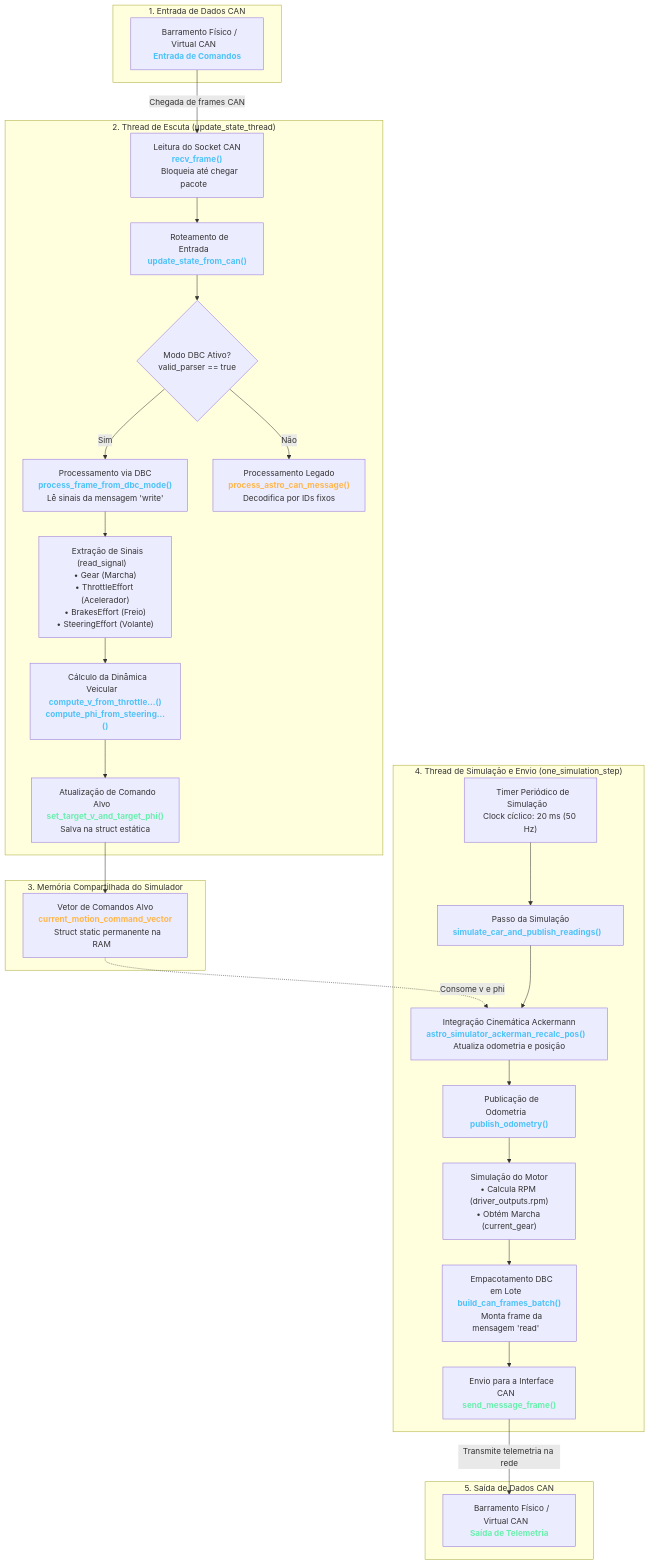
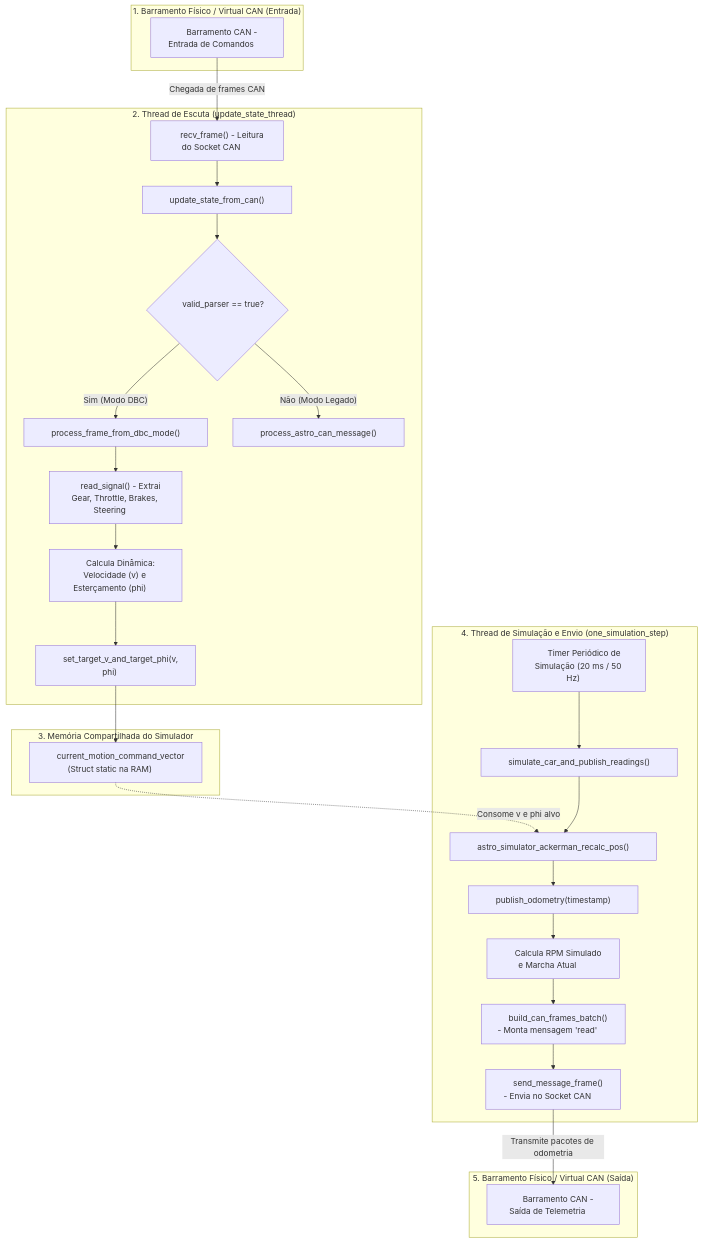
One commit to BrenoCSilva/lume changed the diagram in README.md. Above: the diagram before and after it, drawn with Mermaid.

````diff
--- a/README.md
+++ b/README.md
@@ -40,42 +40,42 @@
 ```mermaid
 flowchart TD
-    subgraph EntradaCAN ["1. Entrada de Dados CAN"]
-        CAN_IN["&nbsp;&nbsp;&nbsp;Barramento Físico / Virtual CAN&nbsp;&nbsp;&nbsp;<br/><b style='color:#4fc3f7'>Entrada de Comandos</b>"]
+    subgraph EntradaCAN ["1. Barramento Físico / Virtual CAN (Entrada)"]
+        CAN_IN["⠀⠀Barramento CAN - Entrada de Comandos⠀⠀"]
     end
 
-    CAN_IN -->|"Chegada de frames CAN"| RECV["&nbsp;&nbsp;&nbsp;Leitura do Socket CAN&nbsp;&nbsp;&nbsp;<br/><b style='color:#4fc3f7'>recv_frame()</b><br/>&nbsp;&nbsp;&nbsp;Bloqueia até chegar pacote&nbsp;&nbsp;&nbsp;"]
+    CAN_IN -->|"Chegada de frames CAN"| RECV["⠀⠀recv_frame() - Leitura do Socket CAN⠀⠀"]
 
     subgraph ThreadEscuta ["2. Thread de Escuta (update_state_thread)"]
-        RECV --> UPDATE["&nbsp;&nbsp;&nbsp;Roteamento de Entrada&nbsp;&nbsp;&nbsp;<br/><b style='color:#4fc3f7'>update_state_from_can()</b>"]
-        UPDATE --> PARSER_CHECK{"&nbsp;&nbsp;&nbsp;Modo DBC Ativo?&nbsp;&nbsp;&nbsp;<br/>valid_parser == true"}
+        RECV --> UPDATE["⠀⠀update_state_from_can()⠀⠀"]
+        UPDATE --> PARSER_CHECK{"⠀⠀valid_parser == true?⠀⠀"}
         
-        PARSER_CHECK -- "Sim" --> PROC_DBC["&nbsp;&nbsp;&nbsp;Processamento via DBC&nbsp;&nbsp;&nbsp;<br/><b style='color:#4fc3f7'>process_frame_from_dbc_mode()</b><br/>&nbsp;&nbsp;&nbsp;Lê sinais da mensagem 'write'&nbsp;&nbsp;&nbsp;"]
-        PARSER_CHECK -- "Não" --> PROC_LEGACY["&nbsp;&nbsp;&nbsp;Processamento Legado&nbsp;&nbsp;&nbsp;<br/><b style='color:#ffb74d'>process_astro_can_message()</b><br/>&nbsp;&nbsp;&nbsp;Decodifica por IDs fixos&nbsp;&nbsp;&nbsp;"]
+        PARSER_CHECK -->|"Sim (Modo DBC)"| PROC_DBC["⠀⠀process_frame_from_dbc_mode()⠀⠀"]
+        PARSER_CHECK -->|"Não (Modo Legado)"| PROC_LEGACY["⠀⠀process_astro_can_message()⠀⠀"]
 
-        PROC_DBC --> EXTRACT["&nbsp;&nbsp;&nbsp;Extração de Sinais (read_signal)&nbsp;&nbsp;&nbsp;<br/>• Gear (Marcha)<br/>• ThrottleEffort (Acelerador)<br/>• BrakesEffort (Freio)<br/>• SteeringEffort (Volante)"]
-        EXTRACT --> CALC_DYN["&nbsp;&nbsp;&nbsp;Cálculo da Dinâmica Veicular&nbsp;&nbsp;&nbsp;<br/><b style='color:#4fc3f7'>compute_v_from_throttle...()</b><br/><b style='color:#4fc3f7'>compute_phi_from_steering...()</b>"]
-        CALC_DYN --> SET_TARGET["&nbsp;&nbsp;&nbsp;Atualização de Comando Alvo&nbsp;&nbsp;&nbsp;<br/><b style='color:#69f0ae'>set_target_v_and_target_phi()</b><br/>&nbsp;&nbsp;&nbsp;Salva na struct estática&nbsp;&nbsp;&nbsp;"]
+        PROC_DBC --> EXTRACT["⠀⠀read_signal() - Extrai Gear, Throttle, Brakes, Steering⠀⠀"]
+        EXTRACT --> CALC_DYN["⠀⠀Calcula Dinâmica: Velocidade (v) e Esterçamento (phi)⠀⠀"]
+        CALC_DYN --> SET_TARGET["⠀⠀set_target_v_and_target_phi(v, phi)⠀⠀"]
     end
 
     subgraph MemoriaCompartilhada ["3. Memória Compartilhada do Simulador"]
-        SET_TARGET --> MEM["&nbsp;&nbsp;&nbsp;Vetor de Comandos Alvo&nbsp;&nbsp;&nbsp;<br/><b style='color:#ffb74d'>current_motion_command_vector</b><br/>&nbsp;&nbsp;&nbsp;Struct static permanente na RAM&nbsp;&nbsp;&nbsp;"]
+        SET_TARGET --> MEM["⠀⠀current_motion_command_vector (Struct static na RAM)⠀⠀"]
     end
 
     subgraph ThreadSimulacao ["4. Thread de Simulação e Envio (one_simulation_step)"]
-        TIMER["&nbsp;&nbsp;&nbsp;Timer Periódico de Simulação&nbsp;&nbsp;&nbsp;<br/>Clock cíclico: 20 ms (50 Hz)"] --> SIM_STEP["&nbsp;&nbsp;&nbsp;Passo da Simulação&nbsp;&nbsp;&nbsp;<br/><b style='color:#4fc3f7'>simulate_car_and_publish_readings()</b>&nbsp;&nbsp;&nbsp;"]
+        TIMER["⠀⠀Timer Periódico de Simulação (20 ms / 50 Hz)⠀⠀"] --> SIM_STEP["⠀⠀simulate_car_and_publish_readings()⠀⠀"]
         
-        MEM -.->|"Consome v e phi"| RECALC["&nbsp;&nbsp;&nbsp;Integração Cinemática Ackermann&nbsp;&nbsp;&nbsp;<br/><b style='color:#4fc3f7'>astro_simulator_ackerman_recalc_pos()</b>&nbsp;&nbsp;&nbsp;<br/>&nbsp;&nbsp;&nbsp;Atualiza odometria e posição&nbsp;&nbsp;&nbsp;"]
+        MEM -.->|"Consome v e phi alvo"| RECALC["⠀⠀astro_simulator_ackerman_recalc_pos()⠀⠀"]
         SIM_STEP --> RECALC
         
-        RECALC --> PUB_ODO["&nbsp;&nbsp;&nbsp;Publicação de Odometria&nbsp;&nbsp;&nbsp;<br/><b style='color:#4fc3f7'>publish_odometry()</b>"]
-        PUB_ODO --> CALC_RPM["&nbsp;&nbsp;&nbsp;Simulação do Motor&nbsp;&nbsp;&nbsp;<br/>• Calcula RPM (driver_outputs.rpm)<br/>• Obtém Marcha (current_gear)"]
-        CALC_RPM --> BATCH["&nbsp;&nbsp;&nbsp;Empacotamento DBC em Lote&nbsp;&nbsp;&nbsp;<br/><b style='color:#4fc3f7'>build_can_frames_batch()</b><br/>&nbsp;&nbsp;&nbsp;Monta frame da mensagem 'read'&nbsp;&nbsp;&nbsp;"]
-        BATCH --> SEND["&nbsp;&nbsp;&nbsp;Envio para a Interface CAN&nbsp;&nbsp;&nbsp;<br/><b style='color:#69f0ae'>send_message_frame()</b>"]
+        RECALC --> PUB_ODO["⠀⠀publish_odometry(timestamp)⠀⠀"]
+        PUB_ODO --> CALC_RPM["⠀⠀Calcula RPM Simulado e Marcha Atual⠀⠀"]
+        CALC_RPM --> BATCH["⠀⠀build_can_frames_batch() - Monta mensagem 'read'⠀⠀"]
+        BATCH --> SEND["⠀⠀send_message_frame() - Envia no Socket CAN⠀⠀"]
     end
 
-    subgraph SaidaCAN ["5. Saída de Dados CAN"]
-        CAN_OUT["&nbsp;&nbsp;&nbsp;Barramento Físico / Virtual CAN&nbsp;&nbsp;&nbsp;<br/><b style='color:#69f0ae'>Saída de Telemetria</b>"]
+    subgraph SaidaCAN ["5. Barramento Físico / Virtual CAN (Saída)"]
+        CAN_OUT["⠀⠀Barramento CAN - Saída de Telemetria⠀⠀"]
     end
 
-    SEND -->|"Transmite telemetria na rede"| CAN_OUT
+    SEND -->|"Transmite pacotes de odometria"| CAN_OUT
 ```
````
